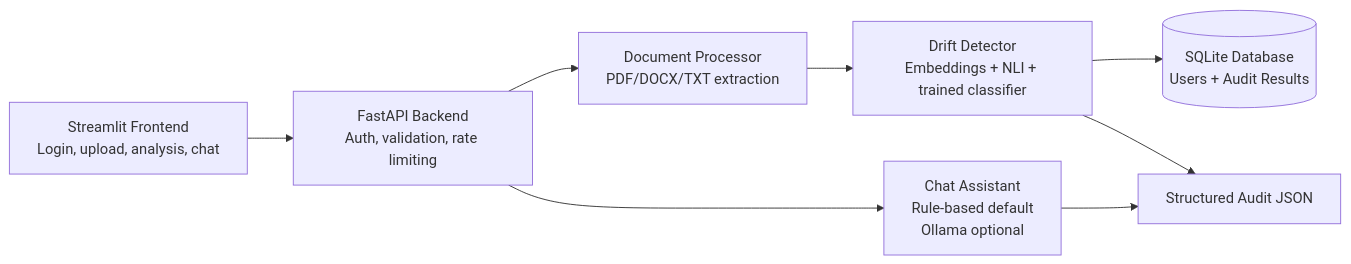
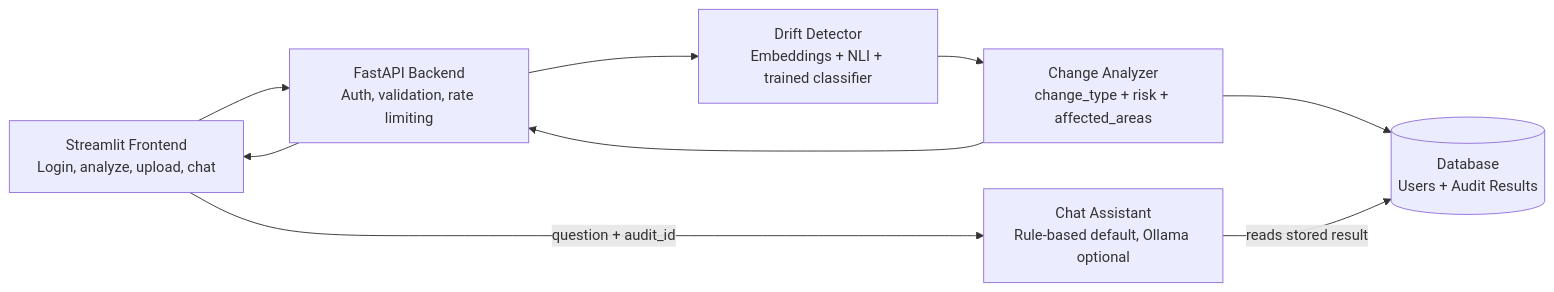
Before and after one commit to HoorWajid/requirement-drift-auditor: the diagram in README.md, drawn with Mermaid. The commit also changed other lines of this file, not shown here.

````diff
--- a/README.md
+++ b/README.md
@@ -66,10 +77,11 @@
 ```mermaid
 flowchart LR
-    UI[Streamlit Frontend\nLogin, upload, analysis, chat] --> API[FastAPI Backend\nAuth, validation, rate limiting]
-    API --> PROC[Document Processor\nPDF/DOCX/TXT extraction]
-    PROC --> DET[Drift Detector\nEmbeddings + NLI + trained classifier]
-    DET --> DB[(SQLite Database\nUsers + Audit Results)]
-    API --> CHAT[Chat Assistant\nRule-based default\nOllama optional]
-    CHAT --> R[Structured Audit JSON]
-    DET --> R
+    UI["Streamlit Frontend<br/>Login, analyze, upload, chat"] --> API["FastAPI Backend<br/>Auth, validation, rate limiting"]
+    API --> DET["Drift Detector<br/>Embeddings + NLI + trained classifier"]
+    DET --> CA["Change Analyzer<br/>change_type + risk + affected_areas"]
+    CA --> DB[("Database<br/>Users + Audit Results")]
+    CA --> API
+    API --> UI
+    UI -->|"question + audit_id"| CHAT["Chat Assistant<br/>Rule-based default, Ollama optional"]
+    CHAT -->|"reads stored result"| DB
 ```
````
